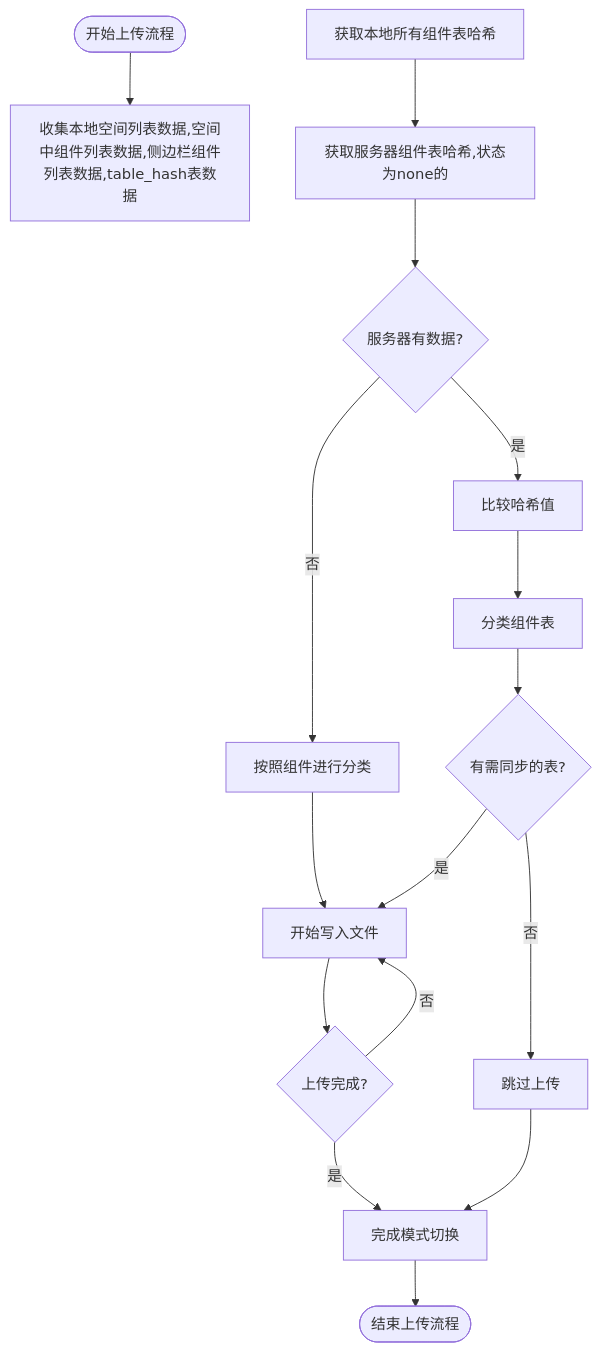
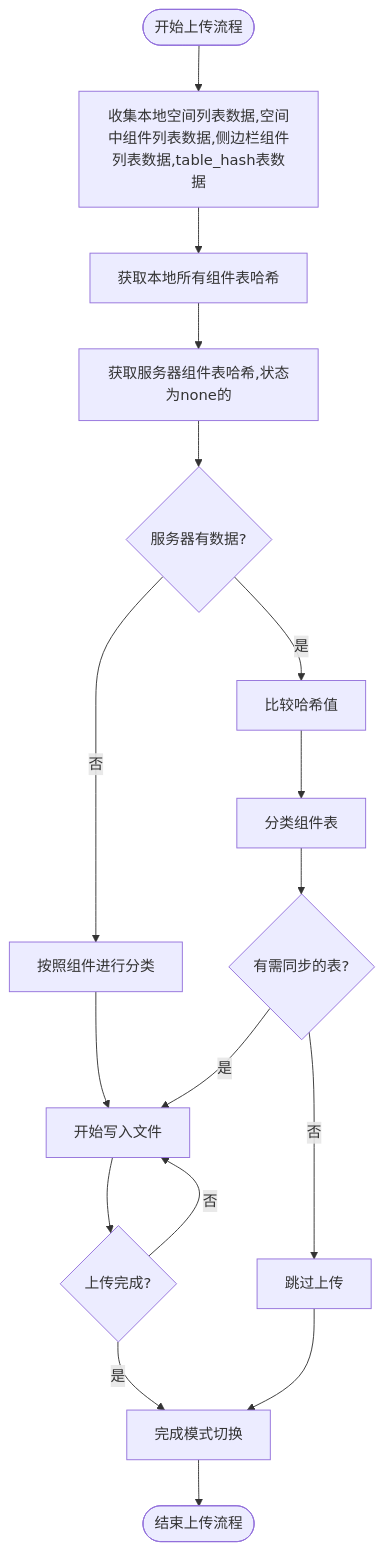
One commit to yingjianzh/iodraw-files changed the diagram in all/未命名-59.md. Above: the diagram before and after it, drawn with Mermaid.

Commit message:
2025-05-14 15:51:02 update

````diff
--- a/all/未命名-59.md
+++ b/all/未命名-59.md
@@ -1,34 +1,34 @@
 ```mermaid
 
 flowchart TD
     Start([开始上传流程]) --> CollectData[收集本地空间列表数据,空间中组件列表数据,侧边栏组件列表数据,table_hash表数据]
-    
+    CollectData -->
     CollectLocalHashes[获取本地所有组件表哈希]
     CollectLocalHashes --> FetchServerHashes[获取服务器组件表哈希,状态为none的]
     
     FetchServerHashes --> ServerHasData{服务器有数据?}
     
     ServerHasData -->|是| CompareHashes[比较哈希值]
     ServerHasData -->|否| ClassifyTables2[按照组件进行分类]
     ClassifyTables2 --> StartBatching[开始写入文件]
     
     CompareHashes --> ClassifyTables[分类组件表]
     ClassifyTables --> HasChanges{有需同步的表?}
     
     HasChanges -->|否| SkipUpload[跳过上传]
     HasChanges -->|是| StartBatching
     
     StartBatching --> UploadComplete{上传完成?}
 
 
     UploadComplete -->|是| FinalizeMode[完成模式切换]
     UploadComplete -->|否| StartBatching
 
     
     
     FinalizeMode --> End([结束上传流程])
     
     SkipUpload --> FinalizeMode
 
 
 ```
````
